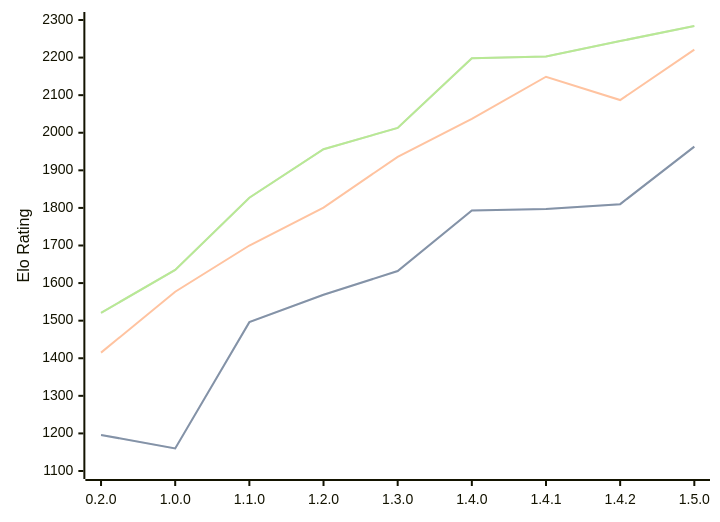
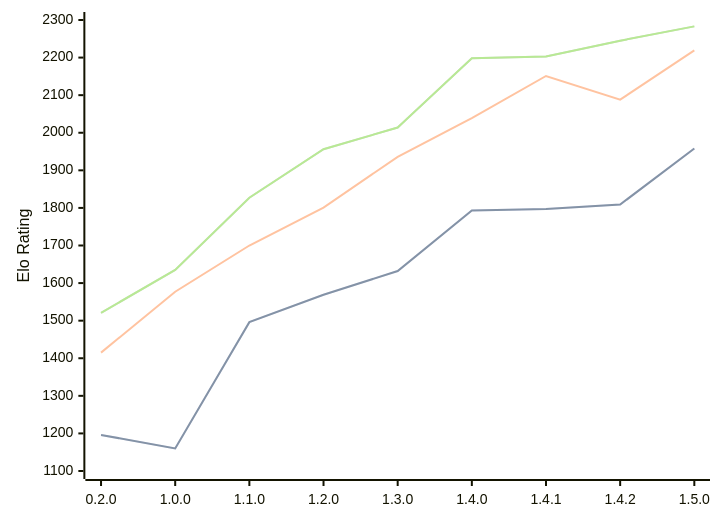
The diagram in engines/Zeppelin.md (computer-chess-index/cci), drawn with Mermaid before and after one commit. The commit also changed other lines of this file, not shown here.

Commit message:
Update CCI Ratings (ELO VLTC) - 2026-04-11

````diff
--- a/engines/Zeppelin.md
+++ b/engines/Zeppelin.md
@@ -41,11 +41,11 @@
 ```mermaid
 %%{init: {"theme":"base","themeVariables":{"seriesColors:['#a3a3a3','#222221','#faa371']}}}%%
 xychart-beta
   x-axis ["0.2.0", "1.0.0", "1.1.0", "1.2.0", "1.3.0", "1.4.0", "1.4.1", "1.4.2", "1.5.0"]
   y-axis "Elo Rating" 1100 --> 2300
-  line "STC (8.0+0.08s)" [1196, 1160, 1496, 1569, 1632, 1793, 1797, 1810, 1963]
-  line "STC (8.0+0.08s)" [1196, 1160, 1496, 1569, 1632, 1793, 1797, 1810, 1963]
-  line "LTC (60.0+0.60s)" [1415, 1577, 1700, 1801, 1936, 2037, 2149, 2087, 2221]
-  line "VLTC (2m24s+1.12s)" [1521, 1635, 1827, 1956, 2013, 2198, 2203, 2244, 2284]
-  line "VLTC (2m24s+1.12s)" [1521, 1635, 1827, 1956, 2013, 2198, 2203, 2244, 2284]
+  line "STC (8.0+0.08s)" [1196, 1160, 1496, 1569, 1632, 1793, 1797, 1809, 1958]
+  line "STC (8.0+0.08s)" [1196, 1160, 1496, 1569, 1632, 1793, 1797, 1809, 1958]
+  line "LTC (60.0+0.60s)" [1415, 1577, 1700, 1801, 1936, 2039, 2151, 2088, 2219]
+  line "VLTC (2m24s+1.12s)" [1521, 1635, 1827, 1956, 2014, 2198, 2203, 2245, 2283]
+  line "VLTC (2m24s+1.12s)" [1521, 1635, 1827, 1956, 2014, 2198, 2203, 2245, 2283]
 ```
````
